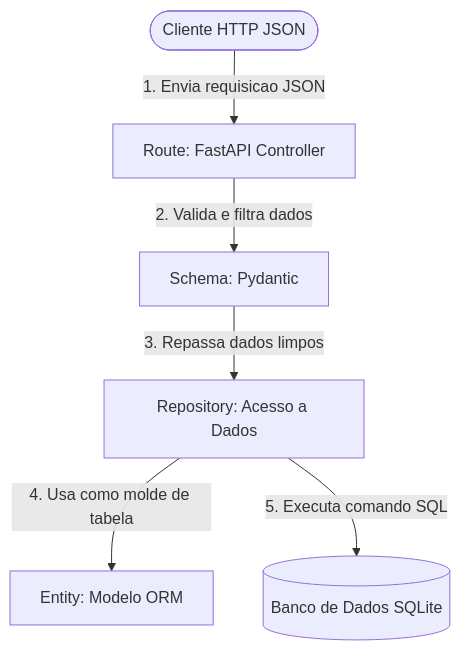
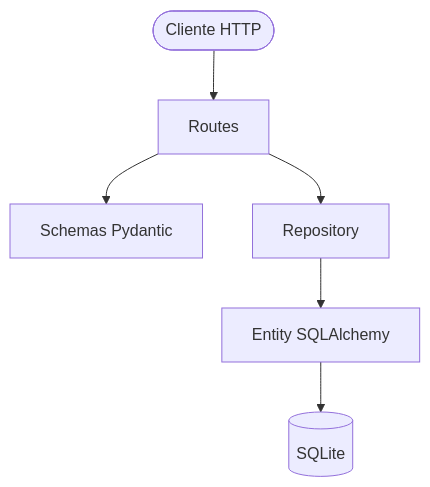
Before and after one commit to bercezar/desafio-bagaggio: the diagram in README.md, drawn with Mermaid. The commit also changed other lines of this file, not shown here.

````diff
--- a/README.md
+++ b/README.md
@@ -25,15 +56,15 @@
 ```mermaid
 graph TD
-    Client([Cliente HTTP JSON])
-    Route[Route: FastAPI Controller]
-    Schema[Schema: Pydantic]
-    Repo[Repository: Acesso a Dados]
-    Entity[Entity: Modelo ORM]
-    DB[(Banco de Dados SQLite)]
+    Client([Cliente HTTP])
+    Route[Routes]
+    Schema[Schemas Pydantic]
+    Repo[Repository]
+    Entity[Entity SQLAlchemy]
+    DB[(SQLite)]
 
-    Client -->|1. Envia requisicao JSON| Route
-    Route -->|2. Valida e filtra dados| Schema
-    Schema -->|3. Repassa dados limpos| Repo
-    Repo -->|4. Usa como molde de tabela| Entity
-    Repo -->|5. Executa comando SQL| DB
+    Client --> Route
+    Route --> Schema
+    Route --> Repo
+    Repo --> Entity
+    Entity --> DB
 ```
````
